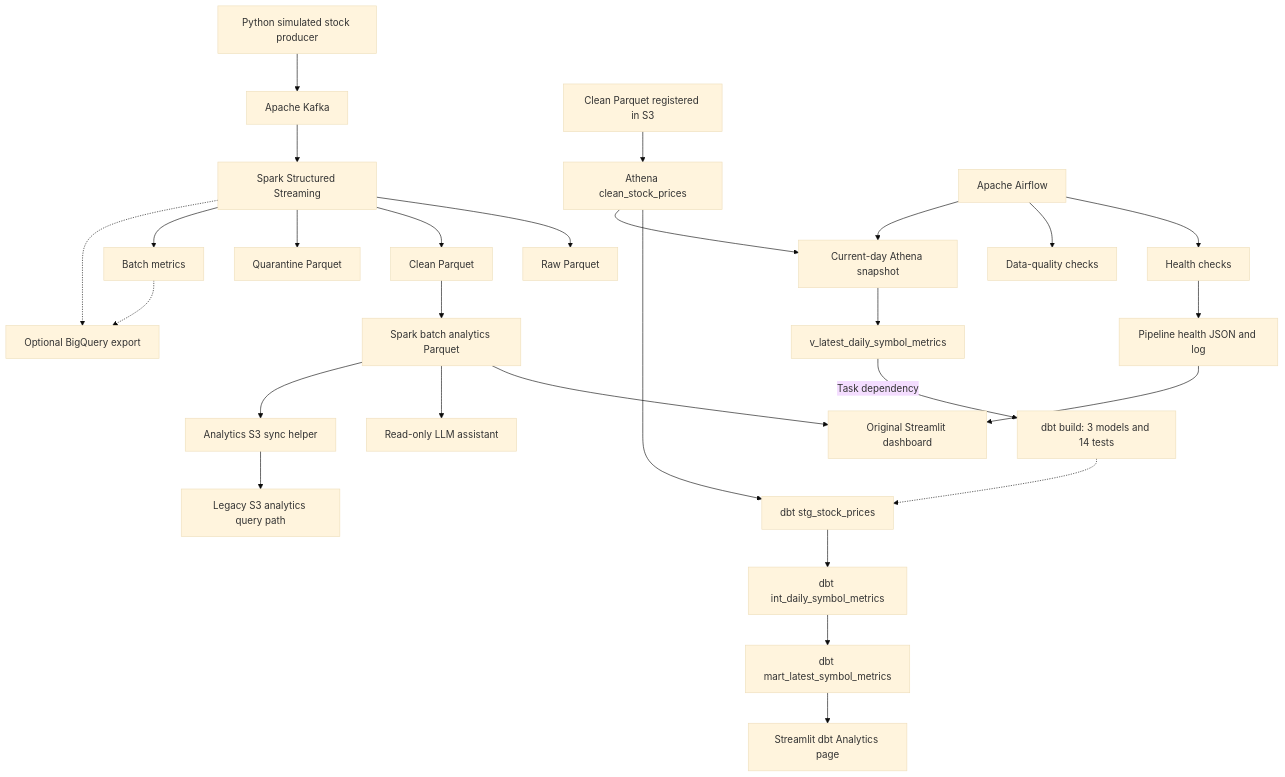
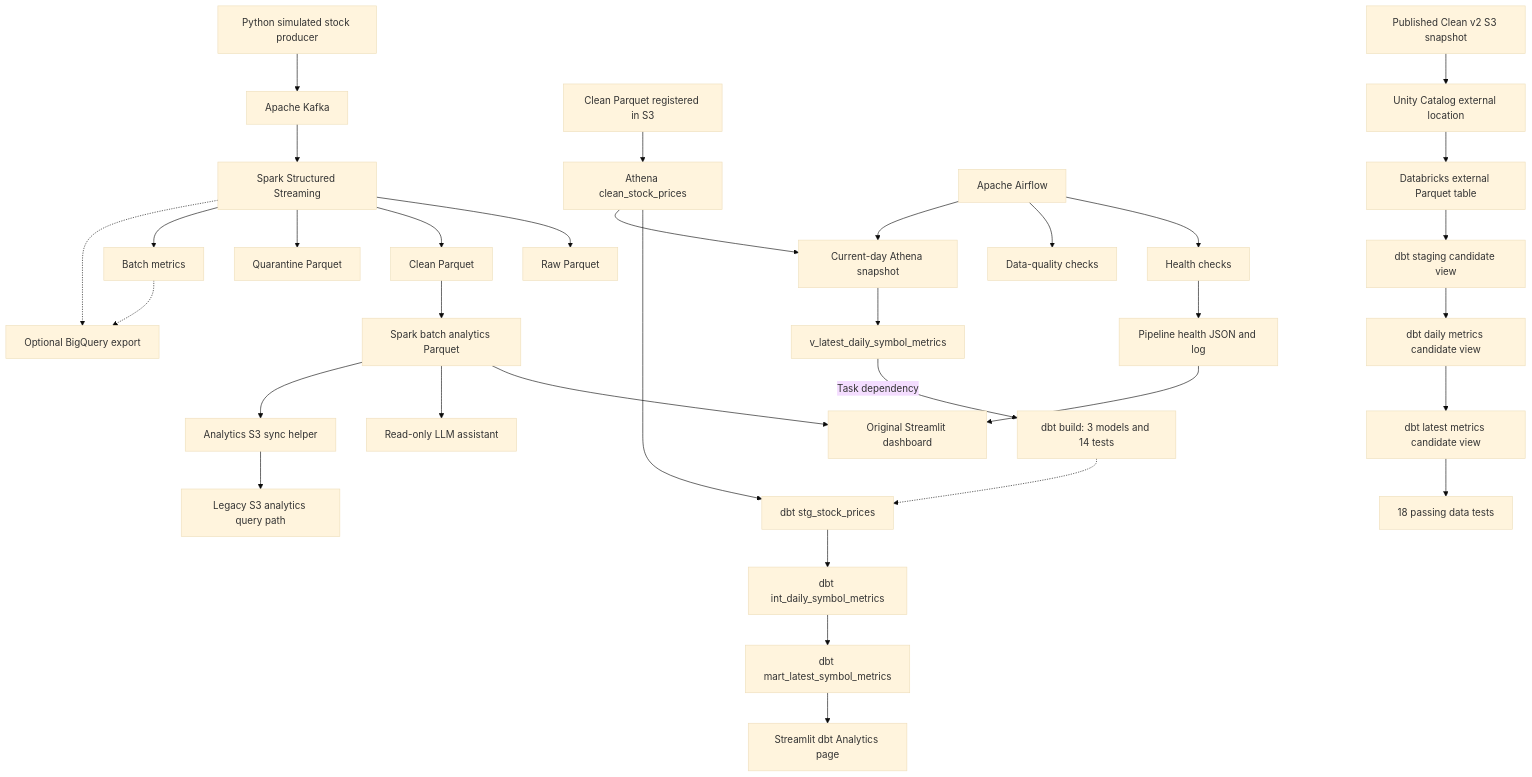
The diagram in README.md (hn0629/real-time-data-engineering-pipeline), drawn with Mermaid (base theme) before and after one commit. The commit also changed other lines of this file and 9 other files, not shown here.

Commit message:
docs: document Databricks S3 Clean v2 replay validation

````diff
--- a/README.md
+++ b/README.md
@@ -42,34 +48,41 @@
 ```mermaid
 flowchart TB
     P[Python simulated stock producer] --> K[Apache Kafka]
     K --> S[Spark Structured Streaming]
     S --> R[Raw Parquet]
     S --> C[Clean Parquet]
     S --> Q[Quarantine Parquet]
     S --> M[Batch metrics]
 
     C --> A[Spark batch analytics Parquet]
     A --> D[Original Streamlit dashboard]
     A --> L[Read-only LLM assistant]
     A --> SYNC[Analytics S3 sync helper]
     SYNC --> LEGACY[Legacy S3 analytics query path]
 
     CS3[Clean Parquet registered in S3] --> CT[Athena clean_stock_prices]
     CT --> ST[dbt stg_stock_prices]
     ST --> INT[dbt int_daily_symbol_metrics]
     INT --> MART[dbt mart_latest_symbol_metrics]
     MART --> PAGE[Streamlit dbt Analytics page]
 
     AF[Apache Airflow] --> HC[Health checks]
     AF --> DQ[Data-quality checks]
     AF --> SNAP[Current-day Athena snapshot]
     CT --> SNAP
     SNAP --> VIEW[v_latest_daily_symbol_metrics]
     VIEW -->|Task dependency| BUILD[dbt build: 3 models and 14 tests]
     BUILD -.-> ST
     HC --> STATUS[Pipeline health JSON and log]
     STATUS --> D
 
     S -.-> BQ[Optional BigQuery export]
     M -.-> BQ
+
+    REPLAY[Published Clean v2 S3 snapshot] --> UC[Unity Catalog external location]
+    UC --> EXT[Databricks external Parquet table]
+    EXT --> DST[dbt staging candidate view]
+    DST --> DINT[dbt daily metrics candidate view]
+    DINT --> DMART[dbt latest metrics candidate view]
+    DMART --> TESTS[18 passing data tests]
 ```
````
